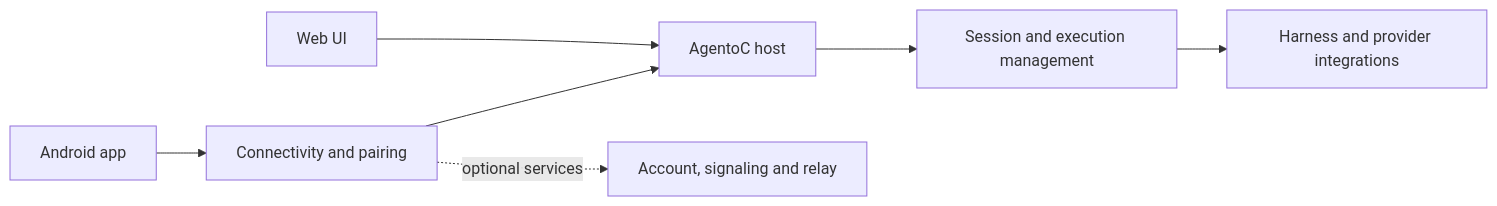
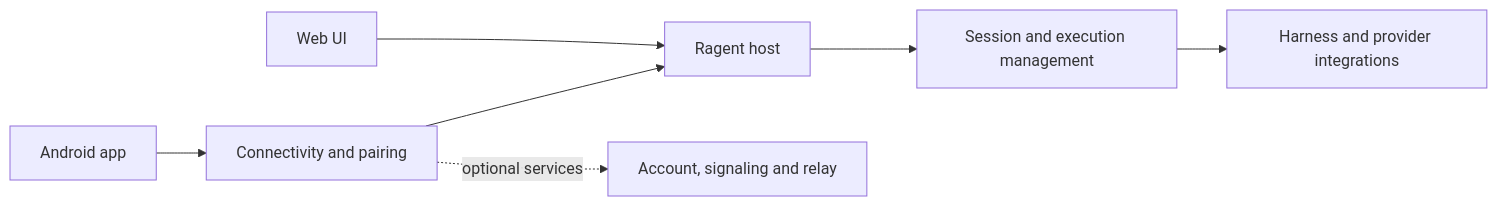
One commit to AgentoC/AgentoC_product changed the diagram in docs/architecture.md. Above: the diagram before and after it, drawn with Mermaid. The commit also changed other lines of this file and 55 other files, not shown here.

````diff
--- a/docs/architecture.md
+++ b/docs/architecture.md
@@ -12,9 +12,9 @@
 ```mermaid
 flowchart LR
   Android[Android app] --> Connectivity[Connectivity and pairing]
-  Web[Web UI] --> Host[AgentoC host]
+  Web[Web UI] --> Host[Ragent host]
   Connectivity --> Host
   Host --> Session[Session and execution management]
   Session --> Harness[Harness and provider integrations]
   Connectivity -. optional services .-> Services[Account, signaling and relay]
 ```
````
